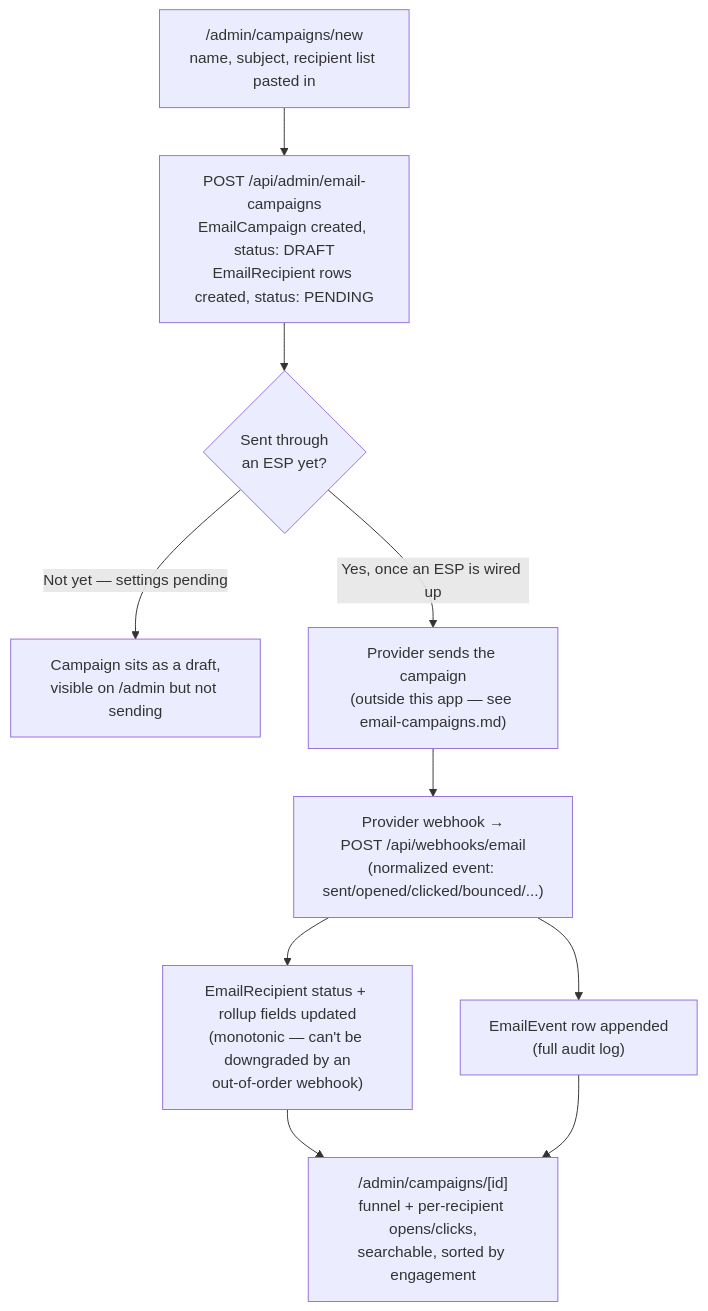
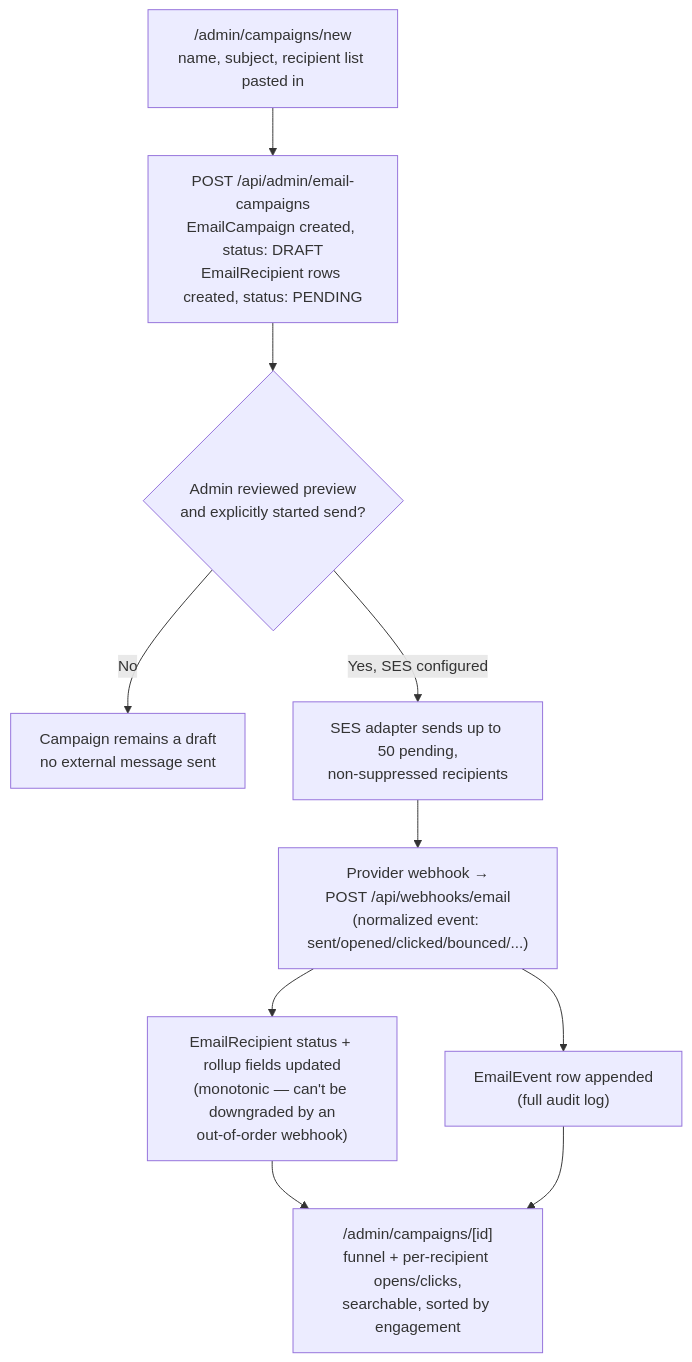
Before and after one commit to NicklasSandin/kpindicator: the fifth of 5 diagrams in docs/user-flows.md, drawn with Mermaid. The commit also changed other lines of this file and 65 other files, not shown here.

First line of the commit message:
Checkpoint: auth, teams, email pipeline and admin work in progress

````diff
--- a/docs/user-flows.md
+++ b/docs/user-flows.md
@@ -100,12 +100,12 @@
 ```mermaid
 flowchart TD
     A["/admin/campaigns/new\nname, subject, recipient list pasted in"] --> B["POST /api/admin/email-campaigns\nEmailCampaign created, status: DRAFT\nEmailRecipient rows created, status: PENDING"]
-    B --> C{"Sent through\nan ESP yet?"}
-    C -- "Not yet — settings pending" --> D["Campaign sits as a draft,\nvisible on /admin but not sending"]
-    C -- "Yes, once an ESP is wired up" --> E["Provider sends the campaign\n(outside this app — see email-campaigns.md)"]
+    B --> C{"Admin reviewed preview\nand explicitly started send?"}
+    C -- "No" --> D["Campaign remains a draft\nno external message sent"]
+    C -- "Yes, SES configured" --> E["SES adapter sends up to 50 pending,\nnon-suppressed recipients"]
     E --> F["Provider webhook →\nPOST /api/webhooks/email\n(normalized event: sent/opened/clicked/bounced/...)"]
     F --> G["EmailRecipient status + rollup fields updated\n(monotonic — can't be downgraded by an\nout-of-order webhook)"]
     F --> H["EmailEvent row appended\n(full audit log)"]
     G --> I["/admin/campaigns/[id]\nfunnel + per-recipient opens/clicks,\nsearchable, sorted by engagement"]
     H --> I
 ```
````
